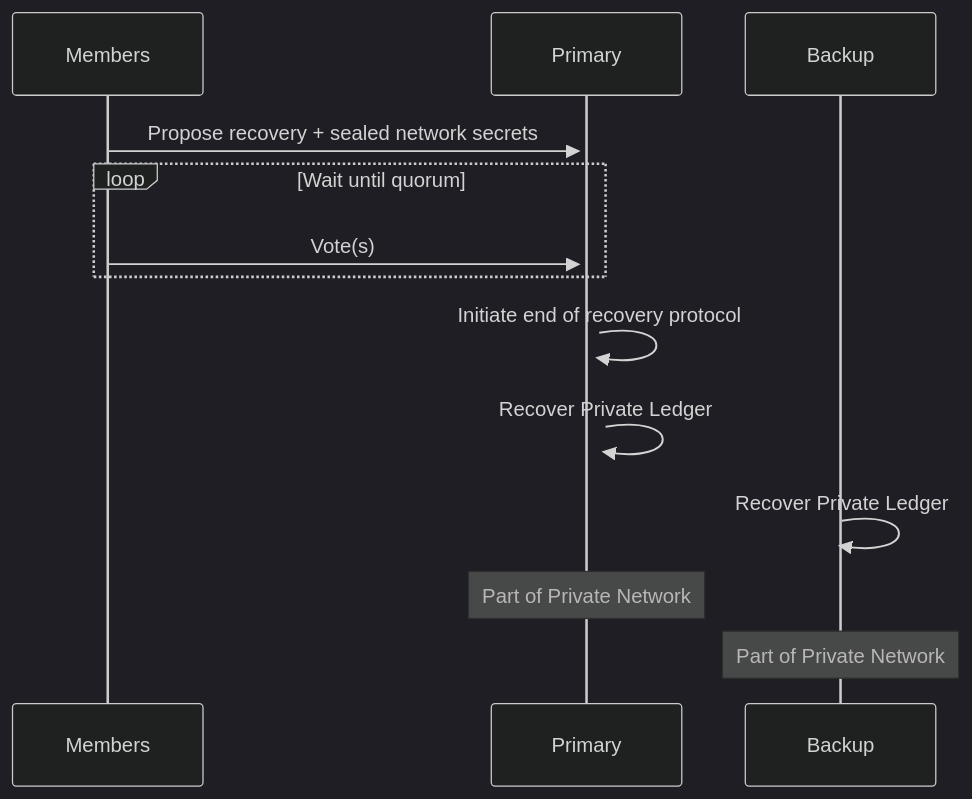
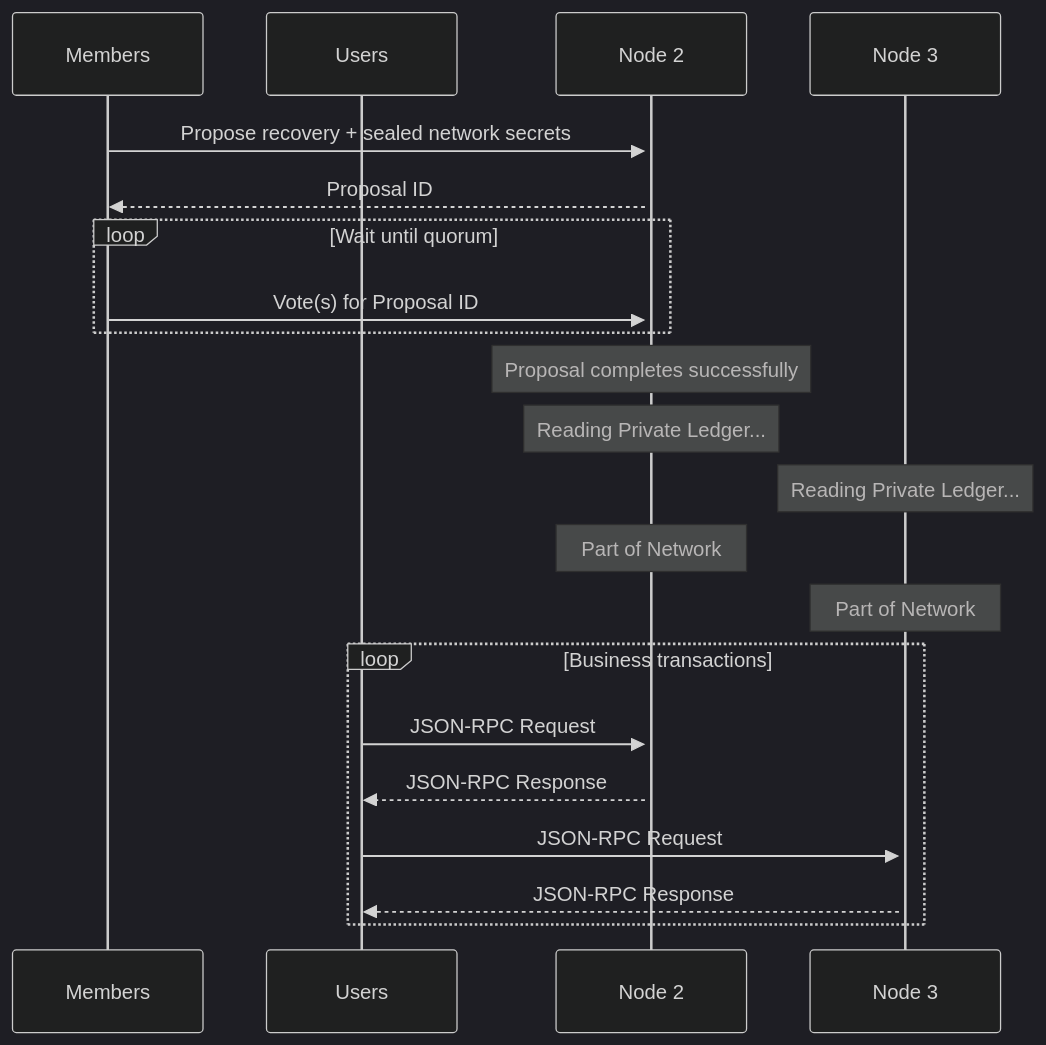
The second of 2 diagrams in sphinx/source/recovery.rst (microsoft/CCF), drawn with Mermaid (dark theme) before and after one commit. The commit also changed other lines of this file and 12 other files, not shown here.

```diff
--- a/sphinx/source/recovery.rst
+++ b/sphinx/source/recovery.rst
@@ -79,19 +86,27 @@
 .. mermaid::
 
     sequenceDiagram
         participant Members
-        participant Primary
-        participant Backup
+        participant Users
+        participant Node 2
+        participant Node 3
 
-        Members->>+Primary: Propose recovery + sealed network secrets
+        Members->>+Node 2: Propose recovery + sealed network secrets
+        Node 2-->>Members: Proposal ID
         loop Wait until quorum
-            Members->>+Primary: Vote(s)
+            Members->>+Node 2: Vote(s) for Proposal ID
         end
+        Note over Node 2: Proposal completes successfully
 
-        Primary->>+Primary: Initiate end of recovery protocol
+        Note over Node 2: Reading Private Ledger...
+        Note over Node 3: Reading Private Ledger...
 
-        Primary->>+Primary: Recover Private Ledger
-        Backup->>+Backup: Recover Private Ledger
+        Note over Node 2: Part of Network
+        Note over Node 3: Part of Network
 
-        Note over Primary: Part of Private Network
-        Note over Backup: Part of Private Network
+        loop Business transactions
+            Users->>+Node 2: JSON-RPC Request
+            Node 2-->>Users: JSON-RPC Response
+            Users->>+Node 3: JSON-RPC Request
+            Node 3-->>Users: JSON-RPC Response
+        end
```
